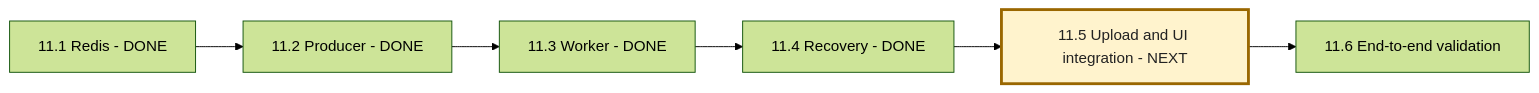
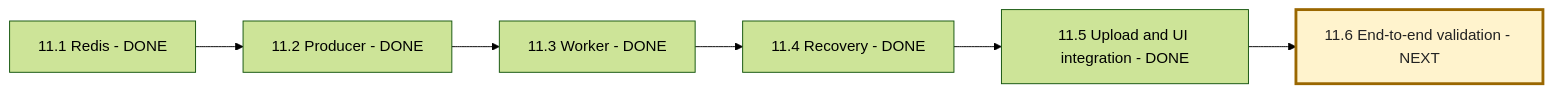
One commit to msdian0007/nexaAi changed the third of 3 diagrams in NEXAAI_ROADMAP.md. Above: the diagram before and after it, drawn with Mermaid (forest theme). The commit also changed other lines of this file and 18 other files, not shown here.

````diff
--- a/NEXAAI_ROADMAP.md
+++ b/NEXAAI_ROADMAP.md
@@ -243,9 +246,9 @@
 ```mermaid
 flowchart LR
     A[11.1 Redis - DONE] --> B[11.2 Producer - DONE]
     B --> C[11.3 Worker - DONE]
     C --> D[11.4 Recovery - DONE]
-    D --> E[11.5 Upload and UI integration - NEXT]
-    E --> F[11.6 End-to-end validation]
-    style E fill:#fff3cd,stroke:#9a6700,stroke-width:3px,color:#222
+    D --> E[11.5 Upload and UI integration - DONE]
+    E --> F[11.6 End-to-end validation - NEXT]
+    style F fill:#fff3cd,stroke:#9a6700,stroke-width:3px,color:#222
 ```
````
